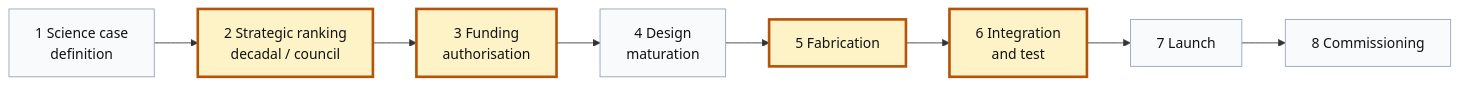
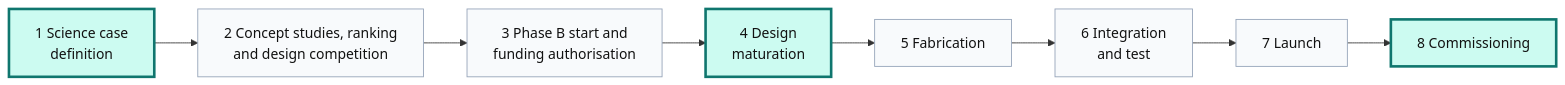
Before and after one commit to dsendor/science-gap-map-analysis: the first of 3 diagrams in docs/critical-paths.md, drawn with Mermaid. The commit also changed other lines of this file and 10 other files, not shown here.

````diff
--- a/docs/critical-paths.md
+++ b/docs/critical-paths.md
@@ -22,15 +22,15 @@
 ```mermaid
 flowchart LR
-    L1["1 Science case<br/>definition"] --> L2["2 Strategic ranking<br/>decadal / council"]
-    L2 --> L3["3 Funding<br/>authorisation"]
+    L1["1 Science case<br/>definition"] --> L2["2 Concept studies, ranking<br/>and design competition"]
+    L2 --> L3["3 Phase B start and<br/>funding authorisation"]
     L3 --> L4["4 Design<br/>maturation"]
     L4 --> L5["5 Fabrication"]
     L5 --> L6["6 Integration<br/>and test"]
     L6 --> L7["7 Launch"]
     L7 --> L8["8 Commissioning"]
 
-    classDef binding stroke-width:3px,stroke:#b45309,fill:#fef3c7,color:#111
+    classDef acts stroke-width:3px,stroke:#0f766e,fill:#ccfbf1,color:#111
     classDef free stroke-width:1px,stroke:#94a3b8,fill:#f8fafc,color:#111
-    class L2,L3,L5,L6 binding
-    class L1,L4,L7,L8 free
+    class L1,L4,L8 acts
+    class L2,L3,L5,L6,L7 free
 ```
````
